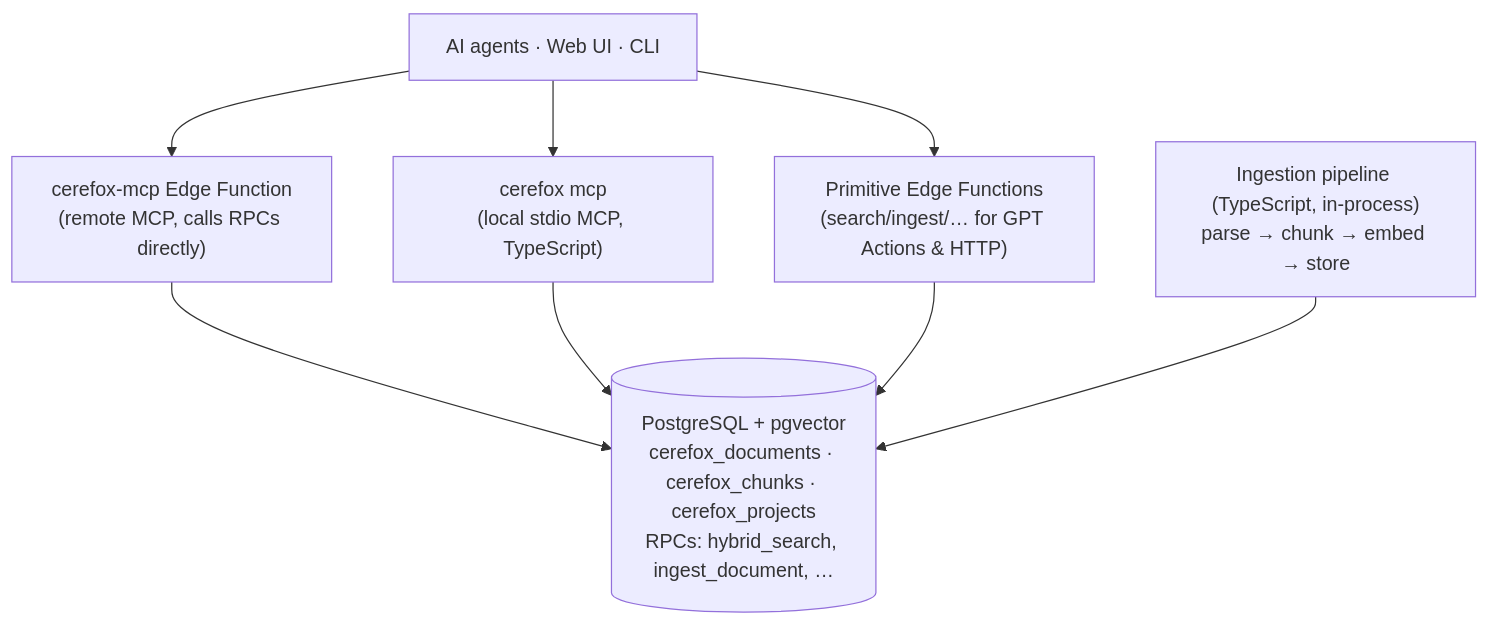
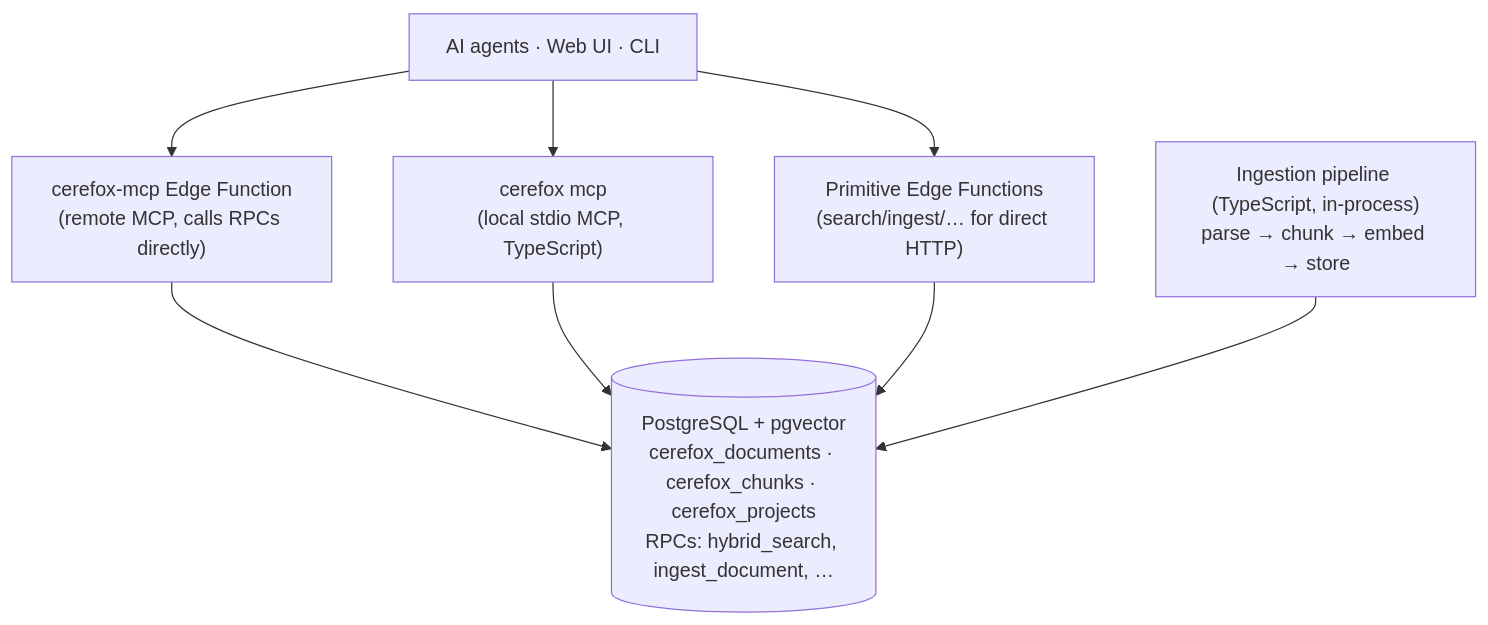
One commit to fstamatelopoulos/cerefox changed the first of 11 diagrams in docs/solution-design.md. Above: the diagram before and after it, drawn with Mermaid. The commit also changed other lines of this file and 23 other files, not shown here.

````diff
--- a/docs/solution-design.md
+++ b/docs/solution-design.md
@@ -24,13 +24,13 @@
 ```mermaid
 flowchart TD
   agents["AI agents · Web UI · CLI"]
   remote["cerefox-mcp Edge Function<br/>(remote MCP, calls RPCs directly)"]
   local["cerefox mcp<br/>(local stdio MCP, TypeScript)"]
-  efs["Primitive Edge Functions<br/>(search/ingest/… for GPT Actions & HTTP)"]
+  efs["Primitive Edge Functions<br/>(search/ingest/… for direct HTTP)"]
   pg[("PostgreSQL + pgvector<br/>cerefox_documents · cerefox_chunks · cerefox_projects<br/>RPCs: hybrid_search, ingest_document, …")]
   ingest["Ingestion pipeline (TypeScript, in-process)<br/>parse → chunk → embed → store"]
   agents --> remote --> pg
   agents --> local --> pg
   agents --> efs --> pg
   ingest --> pg
 ```
````
